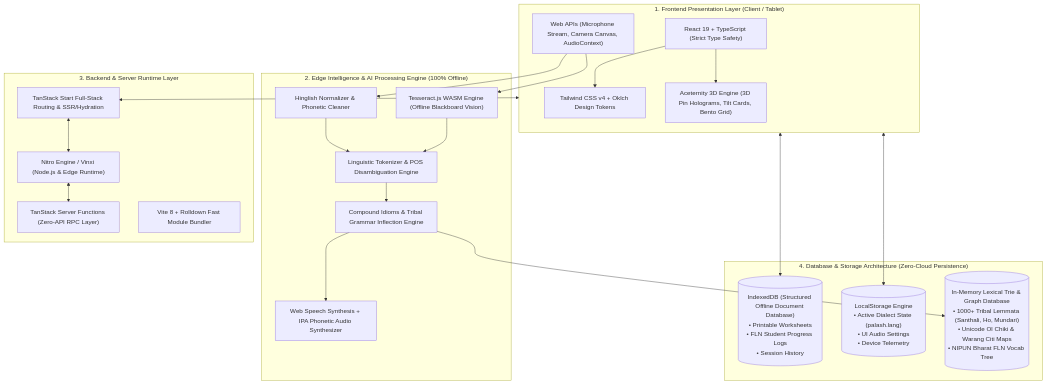
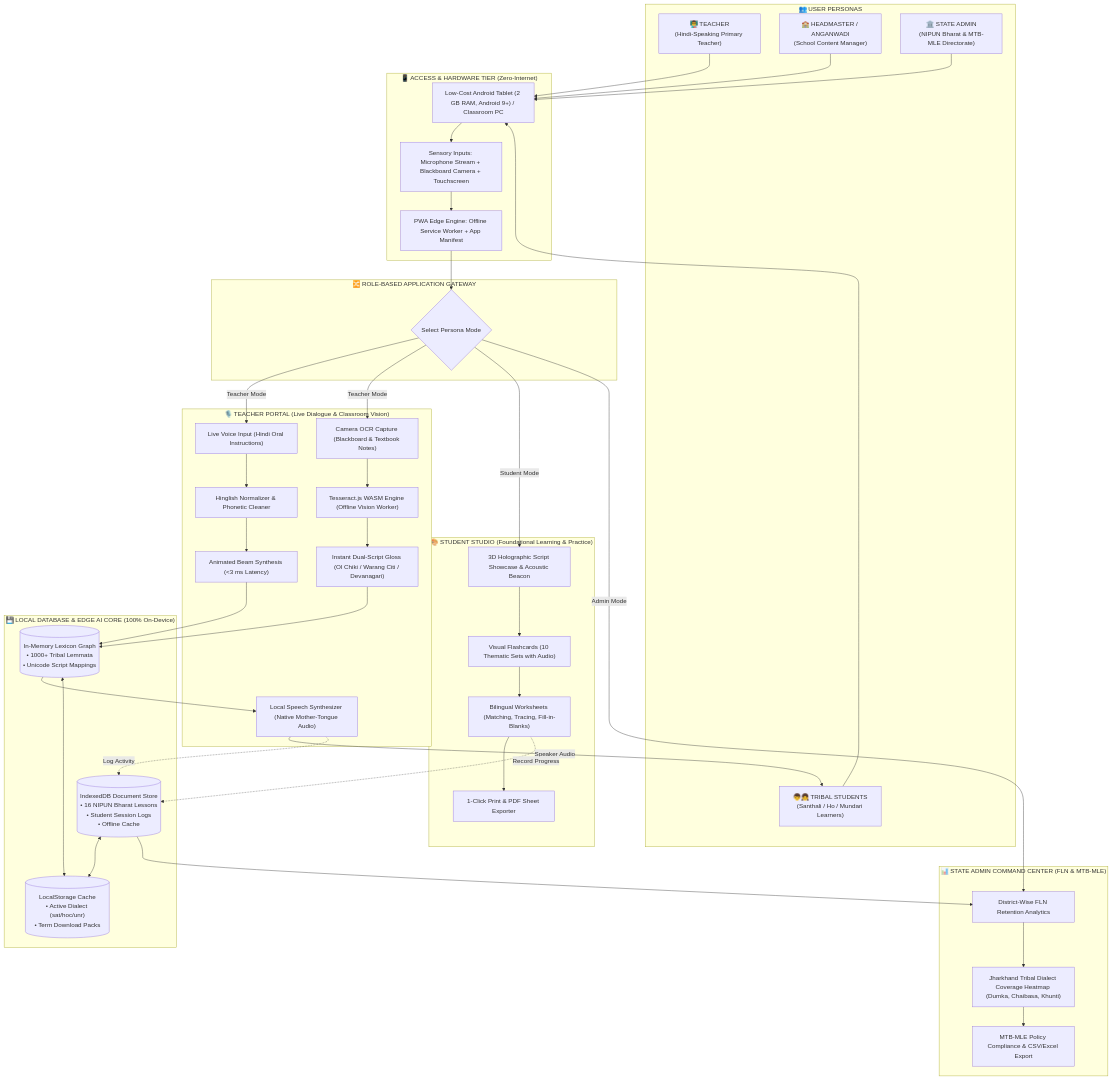
One commit to Uday-singh-2026/bhasha-in-setu changed the first of 2 diagrams in README.md. Above: the diagram before and after it, drawn with Mermaid. The commit also changed other lines of this file, not shown here.

Commit message:
docs: update README with live deployment link and comprehensive SIH technical architecture

````diff
--- a/README.md
+++ b/README.md
@@ -33,47 +38,95 @@
 ```mermaid
 flowchart TB
-    subgraph PresentationTier ["1. Frontend Presentation Layer (Client / Tablet)"]
-        UI["React 19 + TypeScript (Strict Type Safety)"]
-        Styling["Tailwind CSS v4 + Oklch Design Tokens"]
-        A3D["Aceternity 3D Engine (3D Pin Holograms, Tilt Cards, Bento Grid)"]
-        Sensors["Web APIs (Microphone Stream, Camera Canvas, AudioContext)"]
+    %% Stakeholder Personas
+    subgraph PERSONAS ["👥 USER PERSONAS"]
+        P_Teacher["👨‍🏫 TEACHER<br/>(Hindi-Speaking Primary Teacher)"]
+        P_Student["👦👧 TRIBAL STUDENTS<br/>(Santhali / Ho / Mundari Learners)"]
+        P_Headmaster["🏫 HEADMASTER / ANGANWADI<br/>(School Content Manager)"]
+        P_Admin["🏛️ STATE ADMIN<br/>(NIPUN Bharat & MTB-MLE Directorate)"]
     end
 
-    subgraph EdgeAITier ["2. Edge Intelligence & AI Processing Engine (100% Offline)"]
-        Norm["Hinglish Normalizer & Phonetic Cleaner"]
-        NLP["Linguistic Tokenizer & POS Disambiguation Engine"]
-        Grammar["Compound Idioms & Tribal Grammar Inflection Engine"]
-        OCR["Tesseract.js WASM Engine (Offline Blackboard Vision)"]
-        TTS["Web Speech Synthesis + IPA Phonetic Audio Synthesizer"]
+    %% Access & Authentication Layer
+    subgraph ACCESS ["📱 ACCESS & HARDWARE TIER (Zero-Internet)"]
+        Dev["Low-Cost Android Tablet (2 GB RAM, Android 9+) / Classroom PC"]
+        Sensors["Sensory Inputs: Microphone Stream + Blackboard Camera + Touchscreen"]
+        PWA["PWA Edge Engine: Offline Service Worker + App Manifest"]
     end
 
-    subgraph BackendTier ["3. Backend & Server Runtime Layer"]
-        Nitro["Nitro Engine / Vinxi (Node.js & Edge Runtime)"]
-        Routing["TanStack Start Full-Stack Routing & SSR/Hydration"]
-        ServerFn["TanStack Server Functions (Zero-API RPC Layer)"]
-        Bundler["Vite 8 + Rolldown Fast Module Bundler"]
+    %% Role-Based Router
+    subgraph ROUTER ["🔀 ROLE-BASED APPLICATION GATEWAY"]
+        Gate{"Select Persona Mode"}
     end
 
-    subgraph DataTier ["4. Database & Storage Architecture (Zero-Cloud Persistence)"]
-        IDB[("IndexedDB (Structured Offline Document Database)<br/>• Printable Worksheets<br/>• FLN Student Progress Logs<br/>• Session History")]
-        LStore[("LocalStorage Engine<br/>• Active Dialect State (palash.lang)<br/>• UI Audio Settings<br/>• Device Telemetry")]
-        LexiconDB[("In-Memory Lexical Trie & Graph Database<br/>• 1000+ Tribal Lemmata (Santhali, Ho, Mundari)<br/>• Unicode Ol Chiki & Warang Citi Maps<br/>• NIPUN Bharat FLN Vocab Tree")]
+    %% Core System Portals
+    subgraph TEACHER_PORTAL ["🎙️ TEACHER PORTAL (Live Dialogue & Classroom Vision)"]
+        T_Mic["Live Voice Input (Hindi Oral Instructions)"]
+        T_Norm["Hinglish Normalizer & Phonetic Cleaner"]
+        T_Beam["Animated Beam Synthesis (<3 ms Latency)"]
+        T_TTS["Local Speech Synthesizer (Native Mother-Tongue Audio)"]
+        
+        T_Cam["Camera OCR Capture (Blackboard & Textbook Notes)"]
+        T_OCR["Tesseract.js WASM Engine (Offline Vision Worker)"]
+        T_Dual["Instant Dual-Script Gloss (Ol Chiki / Warang Citi / Devanagari)"]
     end
 
-    Sensors --> Norm
-    UI --> A3D
-    UI --> Styling
-    Norm --> NLP
-    NLP --> Grammar
-    Grammar --> LexiconDB
-    Grammar --> TTS
-    Sensors --> OCR
-    OCR --> NLP
+    subgraph STUDENT_PORTAL ["🎨 STUDENT STUDIO (Foundational Learning & Practice)"]
+        S_Holo["3D Holographic Script Showcase & Acoustic Beacon"]
+        S_Sheet["Bilingual Worksheets (Matching, Tracing, Fill-in-Blanks)"]
+        S_Cards["Visual Flashcards (10 Thematic Sets with Audio)"]
+        S_Print["1-Click Print & PDF Sheet Exporter"]
+    end
 
-    PresentationTier <--> Routing
-    Routing <--> Nitro
-    Nitro <--> ServerFn
+    subgraph OFFLINE_CORE ["💾 LOCAL DATABASE & EDGE AI CORE (100% On-Device)"]
+        L_IDB[("IndexedDB Document Store<br/>• 16 NIPUN Bharat Lessons<br/>• Student Session Logs<br/>• Offline Cache")]
+        L_Store[("LocalStorage Cache<br/>• Active Dialect (sat/hoc/unr)<br/>• Term Download Packs")]
+        L_Trie[("In-Memory Lexicon Graph<br/>• 1000+ Tribal Lemmata<br/>• Unicode Script Mappings")]
+    end
 
-    PresentationTier <--> IDB
-    PresentationTier <--> LStore
+    subgraph ADMIN_PORTAL ["📊 STATE ADMIN COMMAND CENTER (FLN & MTB-MLE)"]
+        A_Dash["District-Wise FLN Retention Analytics"]
+        A_Heatmap["Jharkhand Tribal Dialect Coverage Heatmap (Dumka, Chaibasa, Khunti)"]
+        A_Report["MTB-MLE Policy Compliance & CSV/Excel Export"]
+    end
+
+    %% Connecting Pipelines
+    P_Teacher --> Dev
+    P_Student --> Dev
+    P_Headmaster --> Dev
+    P_Admin --> Dev
+
+    Dev --> Sensors
+    Sensors --> PWA
+    PWA --> Gate
+
+    Gate -->|Teacher Mode| T_Mic
+    Gate -->|Teacher Mode| T_Cam
+    Gate -->|Student Mode| S_Holo
+    Gate -->|Admin Mode| A_Dash
+
+    %% Teacher Processing
+    T_Mic --> T_Norm
+    T_Norm --> T_Beam
+    T_Beam --> L_Trie
+    L_Trie --> T_TTS
+    T_TTS -->|Speaker Audio| P_Student
+
+    T_Cam --> T_OCR
+    T_OCR --> T_Dual
+    T_Dual --> L_Trie
+
+    %% Student Processing
+    S_Holo --> S_Cards
+    S_Cards --> S_Sheet
+    S_Sheet --> S_Print
+
+    %% Data Sync (Local)
+    T_TTS -.->|Log Activity| L_IDB
+    S_Sheet -.->|Record Progress| L_IDB
+    L_IDB <--> L_Store
+    L_Store <--> L_Trie
+
+    %% Admin Insights
+    L_IDB --> A_Dash
+    A_Dash --> A_Heatmap
+    A_Heatmap --> A_Report
 ```
````
